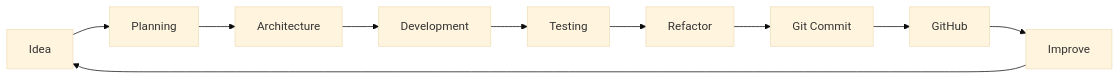
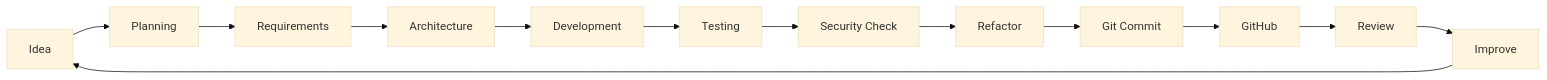
The first of 2 diagrams in README.md (auliaraditama-dev/auliaraditama-dev), drawn with Mermaid (base theme) before and after one commit. The commit also changed other lines of this file, not shown here.

````diff
--- a/README.md
+++ b/README.md
@@ -551,12 +1015,15 @@
 ```mermaid
 flowchart LR
     A[Idea] --> B[Planning]
-    B --> C[Architecture]
-    C --> D[Development]
-    D --> E[Testing]
-    E --> F[Refactor]
-    F --> G[Git Commit]
-    G --> H[GitHub]
-    H --> I[Improve]
-    I --> A
+    B --> C[Requirements]
+    C --> D[Architecture]
+    D --> E[Development]
+    E --> F[Testing]
+    F --> G[Security Check]
+    G --> H[Refactor]
+    H --> I[Git Commit]
+    I --> J[GitHub]
+    J --> K[Review]
+    K --> L[Improve]
+    L --> A
 ```
````
